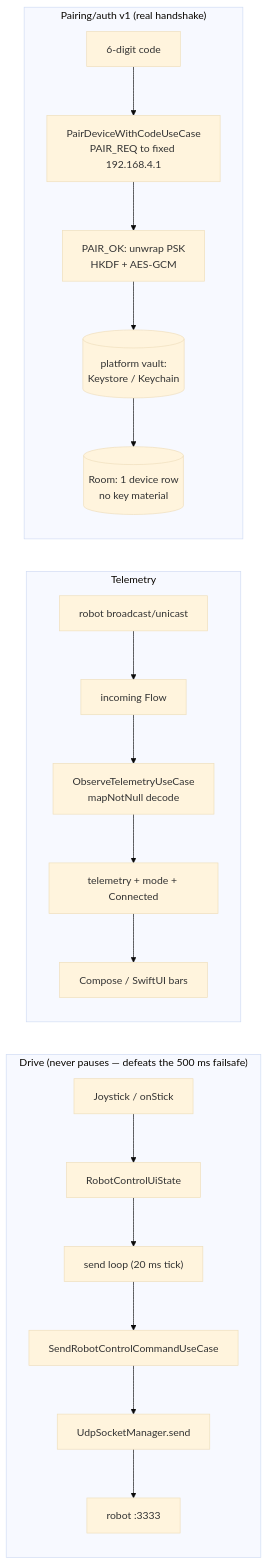
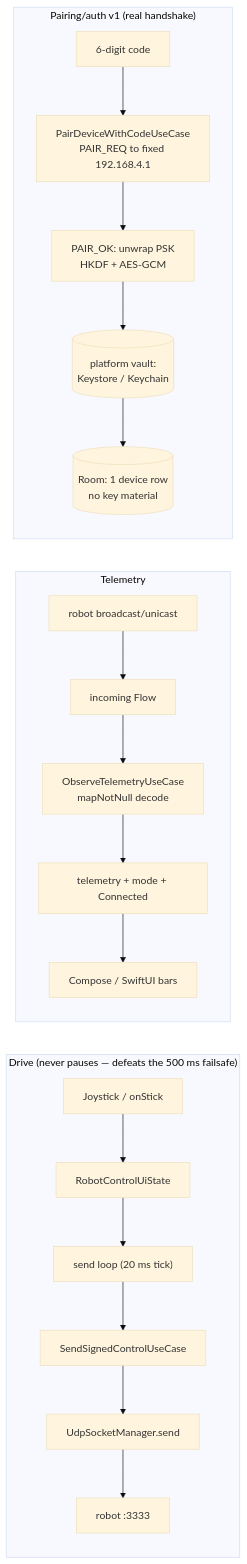
The third of 3 diagrams in client/ARCHITECTURE.md (6ameDev/desky), drawn with Mermaid (base theme) before and after one commit. The commit also changed 23 other files, not shown here.

````diff
--- a/client/ARCHITECTURE.md
+++ b/client/ARCHITECTURE.md
@@ -91,22 +91,22 @@
 ```mermaid
 graph LR
     subgraph Outbound["Drive (never pauses — defeats the 500 ms failsafe)"]
         J[Joystick / onStick] --> S[RobotControlUiState]
         S --> L["send loop (20 ms tick)"]
-        L --> U1[SendRobotControlCommandUseCase]
+        L --> U1[SendSignedControlUseCase]
         U1 --> SOCK[UdpSocketManager.send]
         SOCK --> R[robot :3333]
     end
     subgraph Inbound["Telemetry"]
         R2[robot broadcast/unicast] --> INC[incoming Flow]
         INC --> TU[ObserveTelemetryUseCase<br/>mapNotNull decode]
         TU --> ST[telemetry + mode + Connected]
         ST --> UI[Compose / SwiftUI bars]
     end
     subgraph Pairing["Pairing/auth v1 (real handshake)"]
         CODE[6-digit code] --> REQ[PairDeviceWithCodeUseCase<br/>PAIR_REQ to fixed 192.168.4.1]
         REQ --> OK[PAIR_OK: unwrap PSK<br/>HKDF + AES-GCM]
         OK --> VAULT[(platform vault:<br/>Keystore / Keychain)]
         VAULT --> DB[(Room: 1 device row<br/>no key material)]
     end
 ```
````
